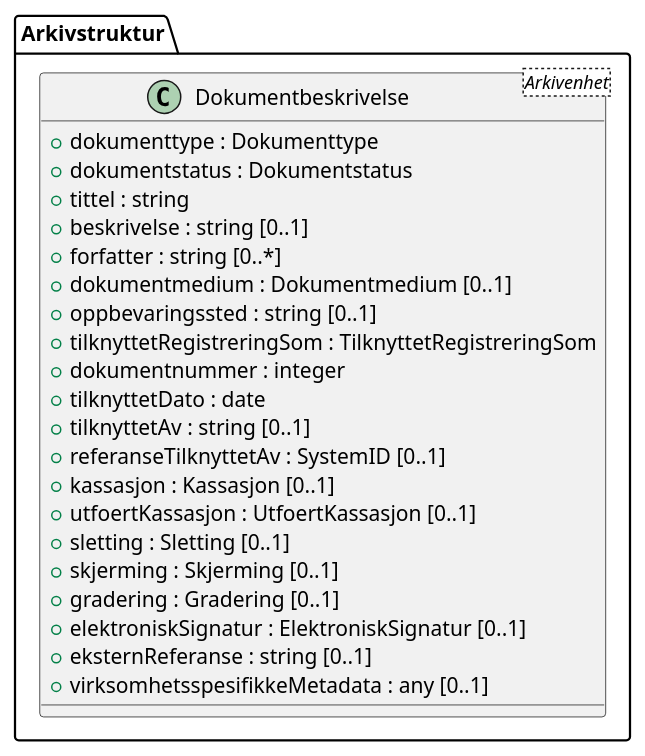
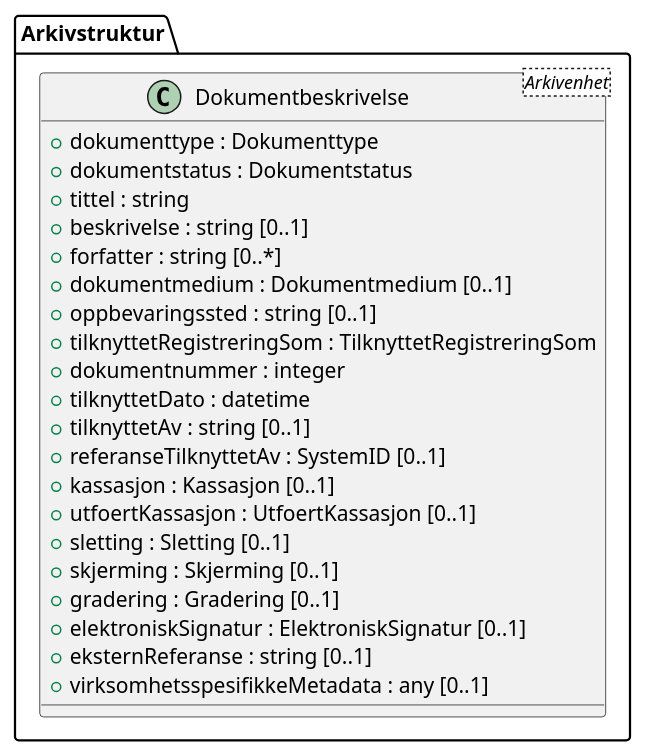
The diagram in kapitler/media/uml-class-dokumentbeskrivelse.iuml (arkivverket/noark5-tjenestegrensesnitt-standard), drawn with PlantUML before and after one commit. The commit also changed 2 other files, not shown here.

Commit message:
Regenerate PlantUML files.

```diff
--- a/kapitler/media/uml-class-dokumentbeskrivelse.iuml
+++ b/kapitler/media/uml-class-dokumentbeskrivelse.iuml
@@ -1,24 +1,24 @@
 @startuml
 class Arkivstruktur.Dokumentbeskrivelse <Arkivenhet> {
   +dokumenttype : Dokumenttype
   +dokumentstatus : Dokumentstatus
   +tittel : string
   +beskrivelse : string [0..1]
   +forfatter : string [0..*]
   +dokumentmedium : Dokumentmedium [0..1]
   +oppbevaringssted : string [0..1]
   +tilknyttetRegistreringSom : TilknyttetRegistreringSom
   +dokumentnummer : integer
-  +tilknyttetDato : date
+  +tilknyttetDato : datetime
   +tilknyttetAv : string [0..1]
   +referanseTilknyttetAv : SystemID [0..1]
   +kassasjon : Kassasjon [0..1]
   +utfoertKassasjon : UtfoertKassasjon [0..1]
   +sletting : Sletting [0..1]
   +skjerming : Skjerming [0..1]
   +gradering : Gradering [0..1]
   +elektroniskSignatur : ElektroniskSignatur [0..1]
   +eksternReferanse : string [0..1]
   +virksomhetsspesifikkeMetadata : any [0..1]
 }
 @enduml
```
